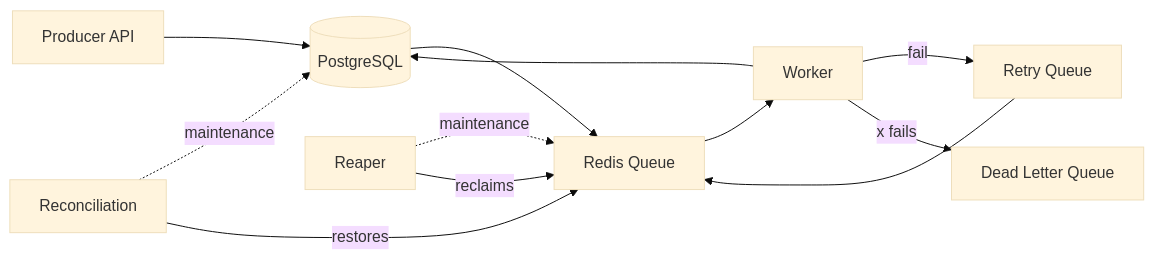
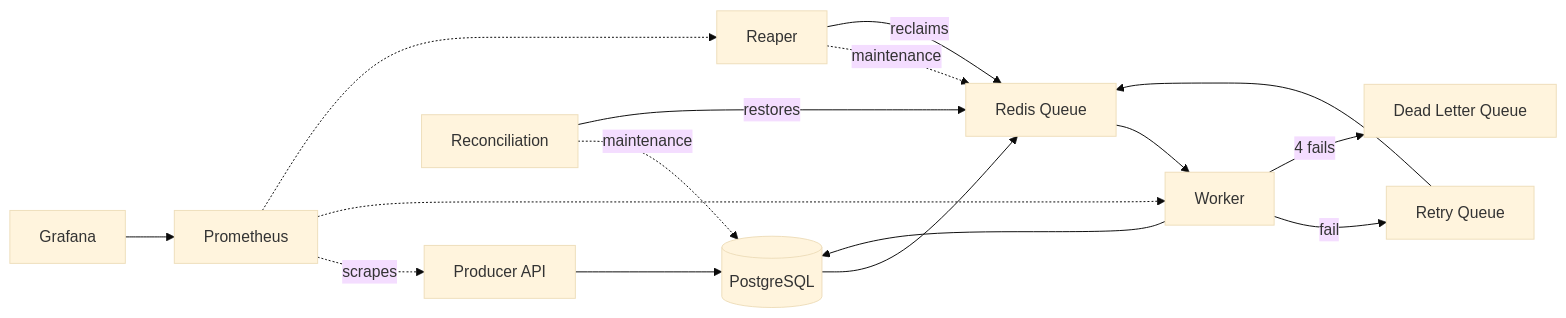
One commit to rnavxn/dist-job-processor changed the first of 2 diagrams in README.md. Above: the diagram before and after it, drawn with Mermaid (base theme). The commit also changed other lines of this file and 3 other files, not shown here.

Commit message:
docs: update README with architecture diagrams, metrics dashboard, and video demo

````diff
--- a/README.md
+++ b/README.md
@@ -21,16 +41,21 @@
 ```mermaid
 flowchart LR
   A[Producer API] --> B[(PostgreSQL)]
   B --> C[Redis Queue]
   C --> D[Worker]
   D --> B
   D --> |fail| E[Retry Queue]
   E --> C
-  D --> |x fails| F[Dead Letter Queue]
+  D --> |4 fails| F[Dead Letter Queue]
 
   G[Reaper] -.-> |maintenance| C
   G --> |reclaims| C
 
   H[Reconciliation] -.-> |maintenance| B
   H --> |restores| C
+
+  I[Prometheus] -.-> |scrapes| A
+  I -.-> D
+  I -.-> G
+  J[Grafana] --> I
 ```
````
